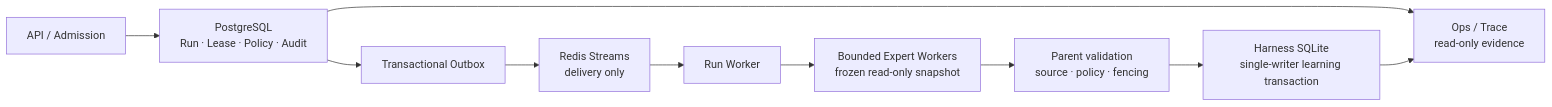
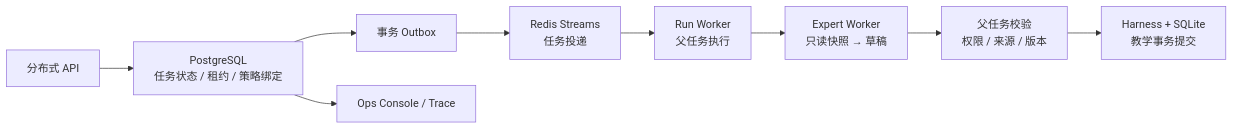
The diagram in README.md (codedog678/eduagent), drawn with Mermaid before and after one commit. The commit also changed other lines of this file, not shown here.

First line of the commit message:
docs(readme): clarify project scope, implementation, and validation

````diff
--- a/README.md
+++ b/README.md
@@ -47,12 +63,11 @@
 ```mermaid
 flowchart LR
-    API["API / Admission"] --> PG["PostgreSQL<br/>Run · Lease · Policy · Audit"]
-    PG --> OUTBOX["Transactional Outbox"]
-    OUTBOX --> REDIS["Redis Streams<br/>delivery only"]
-    REDIS --> RUN["Run Worker"]
-    RUN --> EXPERT["Bounded Expert Workers<br/>frozen read-only snapshot"]
-    EXPERT --> ADOPT["Parent validation<br/>source · policy · fencing"]
-    ADOPT --> SQLITE["Harness SQLite<br/>single-writer learning transaction"]
-    PG --> OPS["Ops / Trace<br/>read-only evidence"]
-    SQLITE --> OPS
+    API["分布式 API"] --> PG["PostgreSQL<br/>任务状态 / 租约 / 策略绑定"]
+    PG --> OUT["事务 Outbox"]
+    OUT --> REDIS["Redis Streams<br/>任务投递"]
+    REDIS --> RUN["Run Worker<br/>父任务执行"]
+    RUN --> EXPERT["Expert Worker<br/>只读快照 → 草稿"]
+    EXPERT --> CHECK["父任务校验<br/>权限 / 来源 / 版本"]
+    CHECK --> STATE["Harness + SQLite<br/>教学事务提交"]
+    PG --> OPS["Ops Console / Trace"]
 ```
````
